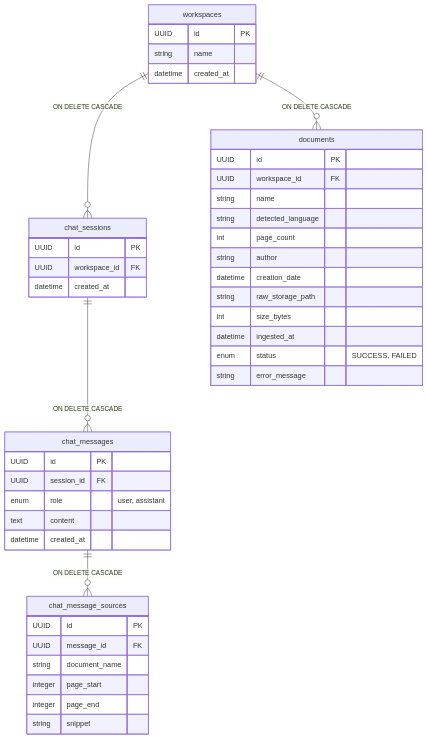
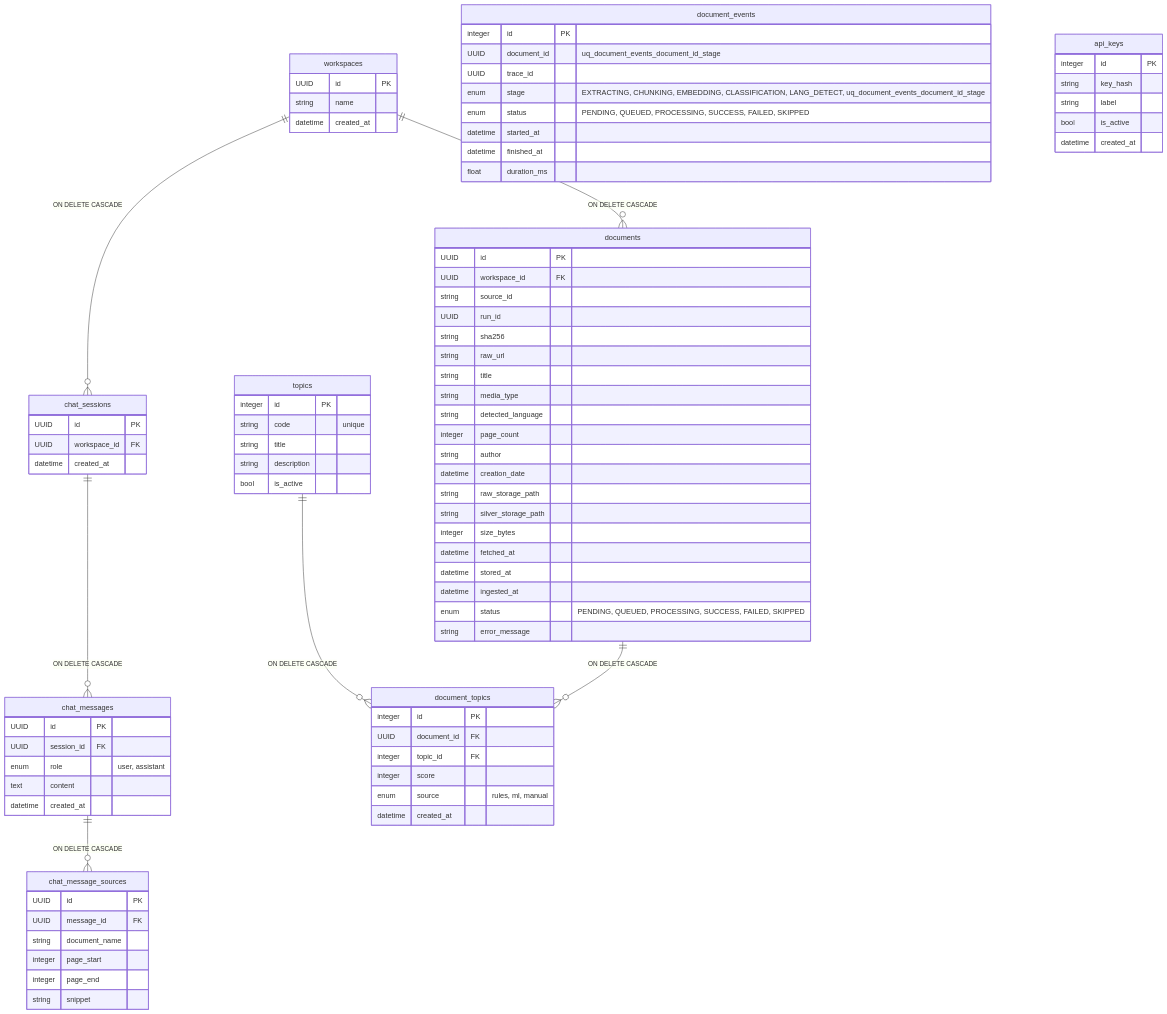
Before and after one commit to Lunarskii/ingestion-service: the first of 2 diagrams in ARCHITECTURE.md, drawn with Mermaid. The commit also changed other lines of this file and 265 other files, not shown here.

````diff
--- a/ARCHITECTURE.md
+++ b/ARCHITECTURE.md
@@ -253,20 +356,66 @@
     documents {
         UUID id PK
         UUID workspace_id FK
-        string name
+        string source_id
+        UUID run_id
+        string sha256
+        string raw_url
+        string title
+        string media_type
         string detected_language
-        int page_count
+        integer page_count
         string author
         datetime creation_date
         string raw_storage_path
-        int size_bytes
+        string silver_storage_path
+        integer size_bytes
+        datetime fetched_at
+        datetime stored_at
         datetime ingested_at
-        enum status "SUCCESS, FAILED"
+        enum status "PENDING, QUEUED, PROCESSING, SUCCESS, FAILED, SKIPPED"
         string error_message
+    }
+    
+    document_events {
+        integer id PK
+        UUID document_id "uq_document_events_document_id_stage"
+        UUID trace_id
+        enum stage "EXTRACTING, CHUNKING, EMBEDDING, CLASSIFICATION, LANG_DETECT, uq_document_events_document_id_stage"
+        enum status "PENDING, QUEUED, PROCESSING, SUCCESS, FAILED, SKIPPED"
+        datetime started_at
+        datetime finished_at
+        float duration_ms
+    }
+    
+    topics {
+        integer id PK
+        string code "unique"
+        string title
+        string description
+        bool is_active
+    }
+    
+    document_topics {
+        integer id PK
+        UUID document_id FK
+        integer topic_id FK
+        integer score
+        enum source "rules, ml, manual"
+        datetime created_at
+    }
+    
+    api_keys {
+        integer id PK
+        string key_hash
+        string label
+        bool is_active
+        datetime created_at
     }
 
     workspaces ||--o{ documents : "ON DELETE CASCADE"
     workspaces ||--o{ chat_sessions : "ON DELETE CASCADE"
     chat_sessions ||--o{ chat_messages : "ON DELETE CASCADE"
     chat_messages ||--o{ chat_message_sources : "ON DELETE CASCADE"
+    topics ||--o{ document_topics : "ON DELETE CASCADE"
+    documents ||--o{ document_topics : "ON DELETE CASCADE"
 ```
````
